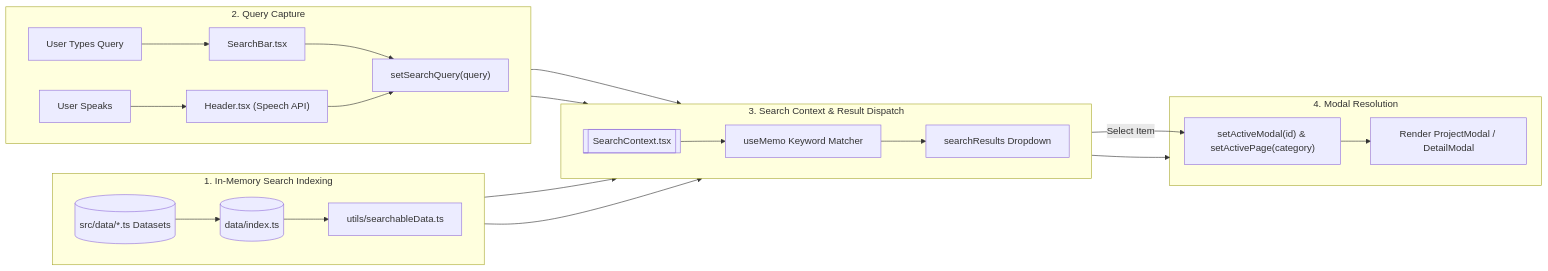
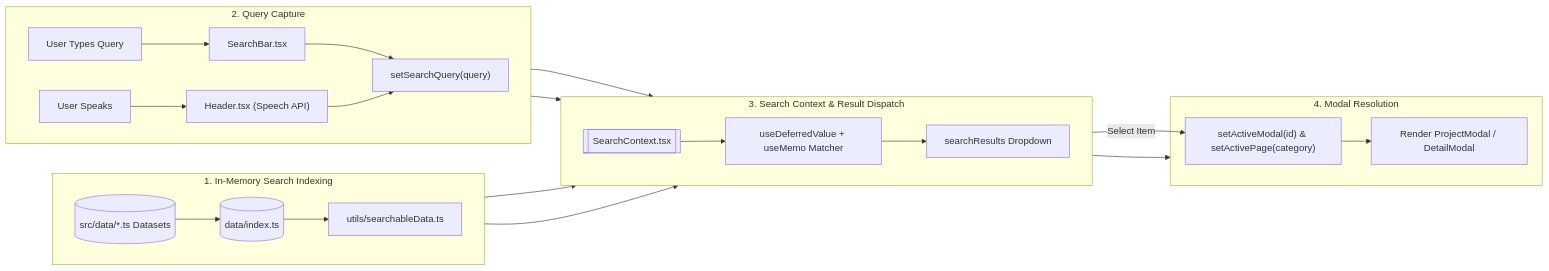
The third of 5 diagrams in docs/architecture.md (kxnghans/kxnghans.github.io), drawn with Mermaid before and after one commit. The commit also changed 10 other files, not shown here.

````diff
--- a/docs/architecture.md
+++ b/docs/architecture.md
@@ -106,37 +106,37 @@
 ```mermaid
 flowchart LR
     %% Data Preparation Pipeline
     subgraph DataPipeline["1. In-Memory Search Indexing"]
         direction LR
         DataFiles[("src/data/*.ts Datasets")] --> BarrelExport[("data/index.ts")]
         BarrelExport --> SearchableUtil["utils/searchableData.ts"]
     end
 
     %% User Input Pipeline
     subgraph InputPipeline["2. Query Capture"]
         direction LR
         TextInput["User Types Query"] --> SearchBar["SearchBar.tsx"]
         VoiceInput["User Speaks"] --> MicButton["Header.tsx (Speech API)"]
         SearchBar --> UpdateQuery["setSearchQuery(query)"]
         MicButton --> UpdateQuery
     end
 
     %% Context Filtering
     subgraph FilterPipeline["3. Search Context & Result Dispatch"]
         direction LR
         UpdateQuery --> ContextState[["SearchContext.tsx"]]
         SearchableUtil --> ContextState
-        ContextState --> FilterAction["useMemo Keyword Matcher"]
+        ContextState --> FilterAction["useDeferredValue + useMemo Matcher"]
         FilterAction --> OutputResults["searchResults Dropdown"]
     end
 
     %% Action
     subgraph ActionPipeline["4. Modal Resolution"]
         OutputResults -- "Select Item" --> OpenModal["setActiveModal(id) & setActivePage(category)"]
         OpenModal --> RenderModal["Render ProjectModal / DetailModal"]
     end
 
     DataPipeline --> FilterPipeline
     InputPipeline --> FilterPipeline
     FilterPipeline --> ActionPipeline
 ```
````
